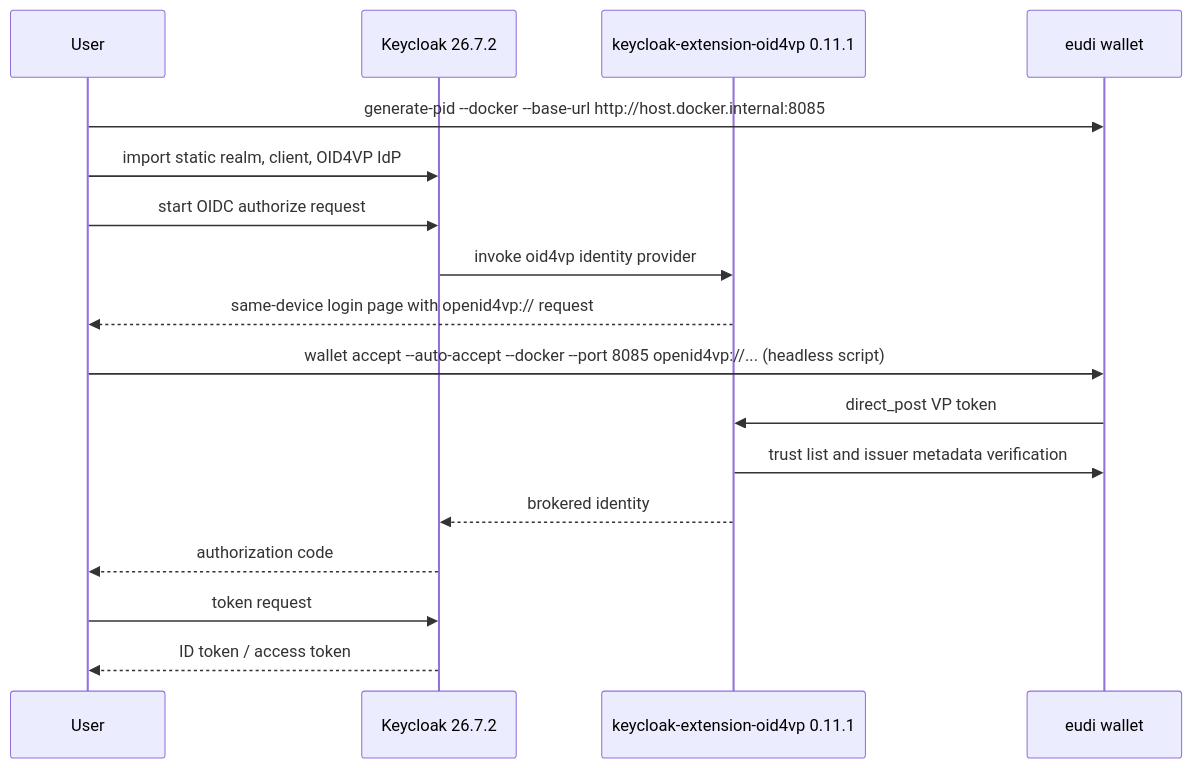
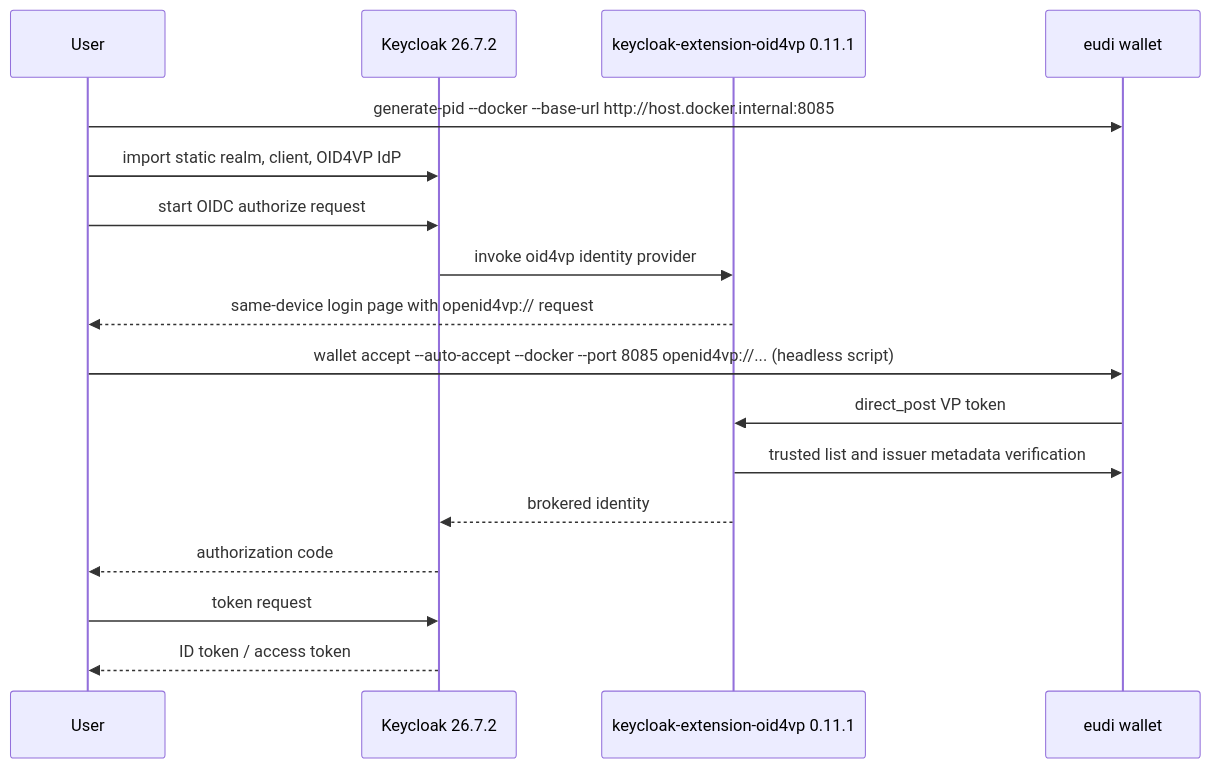
One commit to dominikschlosser/eudi-dev changed the diagram in examples/keycloak-verifier-oid4vp/README.md. Above: the diagram before and after it, drawn with Mermaid. The commit also changed other lines of this file and 33 other files, not shown here.

Commit message:
docs: trim fluff and UI narration and use the trusted list names

````diff
--- a/examples/keycloak-verifier-oid4vp/README.md
+++ b/examples/keycloak-verifier-oid4vp/README.md
@@ -15,20 +15,20 @@
 ```mermaid
 sequenceDiagram
     participant U as User
     participant KC as Keycloak 26.7.2
     participant EXT as keycloak-extension-oid4vp 0.11.1
     participant W as eudi wallet
 
     U->>W: generate-pid --docker --base-url http://host.docker.internal:8085
     U->>KC: import static realm, client, OID4VP IdP
     U->>KC: start OIDC authorize request
     KC->>EXT: invoke oid4vp identity provider
     EXT-->>U: same-device login page with openid4vp:// request
     U->>W: wallet accept --auto-accept --docker --port 8085 openid4vp://... (headless script)
     W->>EXT: direct_post VP token
-    EXT->>W: trust list and issuer metadata verification
+    EXT->>W: trusted list and issuer metadata verification
     EXT-->>KC: brokered identity
     KC-->>U: authorization code
     U->>KC: token request
     KC-->>U: ID token / access token
 ```
````
